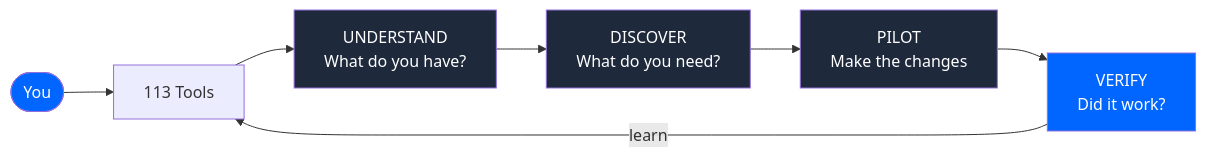
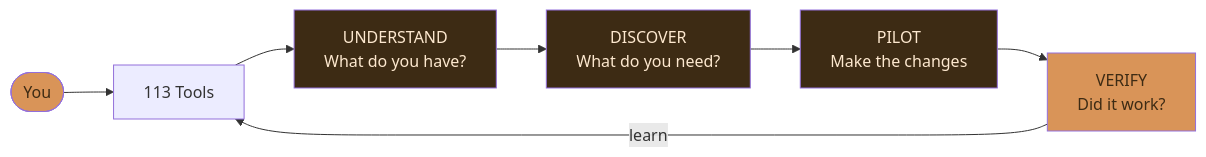
The seventh of 25 diagrams in README.md (JosephOIbrahim/Comfy-Cozy), drawn with Mermaid before and after one commit. The commit also changed other lines of this file, not shown here.

First line of the commit message:
[DOCS] Unify mermaid palette across 25 diagrams (warm amber/brown)

````diff
--- a/README.md
+++ b/README.md
@@ -496,15 +496,15 @@
 ```mermaid
 graph LR
     You([You]) --> Agent[113 Tools]
     Agent --> Understand[UNDERSTAND<br/>What do you have?]
     Understand --> Discover[DISCOVER<br/>What do you need?]
     Discover --> Pilot[PILOT<br/>Make the changes]
     Pilot --> Verify[VERIFY<br/>Did it work?]
     Verify -->|learn| Agent
 
-    style You fill:#0066FF,color:#fff
-    style Understand fill:#1e293b,color:#fff
-    style Discover fill:#1e293b,color:#fff
-    style Pilot fill:#1e293b,color:#fff
-    style Verify fill:#0066FF,color:#fff
+    style You fill:#d99458,color:#3d2b14
+    style Understand fill:#3d2b14,color:#fde8cf
+    style Discover fill:#3d2b14,color:#fde8cf
+    style Pilot fill:#3d2b14,color:#fde8cf
+    style Verify fill:#d99458,color:#3d2b14
 ```
````
